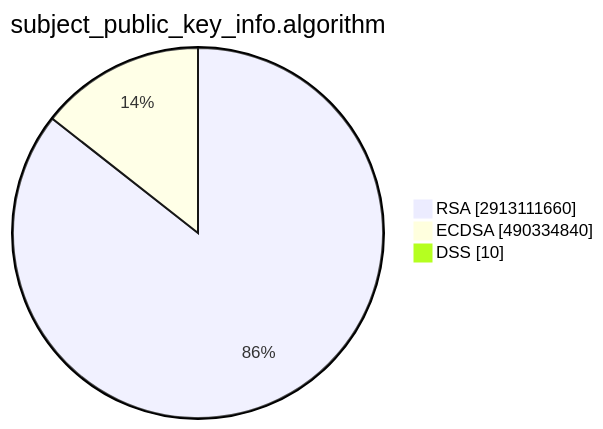
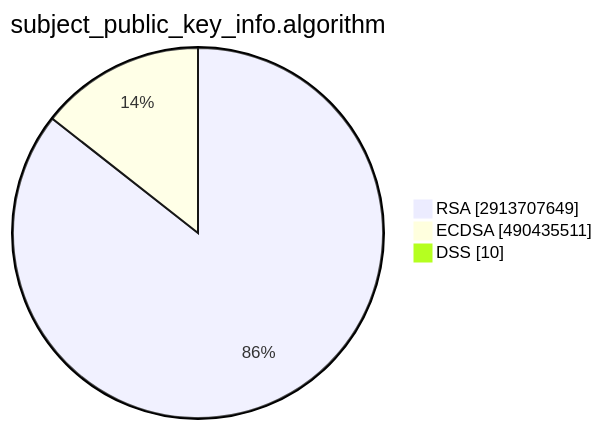
The second of 15 diagrams in TOTAL/README.md (christiankrug/ctmonitor_visualization), drawn with Mermaid before and after one commit. The commit also changed other lines of this file, not shown here.

````diff
--- a/TOTAL/README.md
+++ b/TOTAL/README.md
@@ -6,7 +6,7 @@
 ```mermaid
 pie showData
 title subject_public_key_info.algorithm
-"RSA" :2913111660
-"ECDSA" :490334840
+"RSA" :2913707649
+"ECDSA" :490435511
 "DSS" :10
 ```
````
